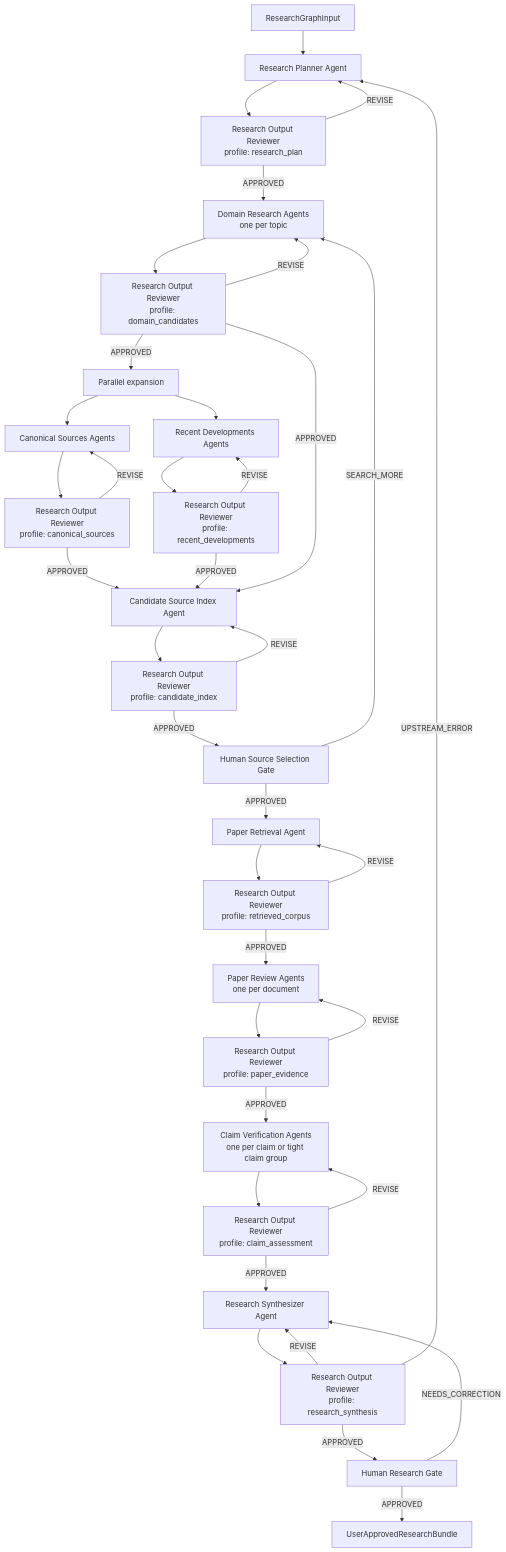
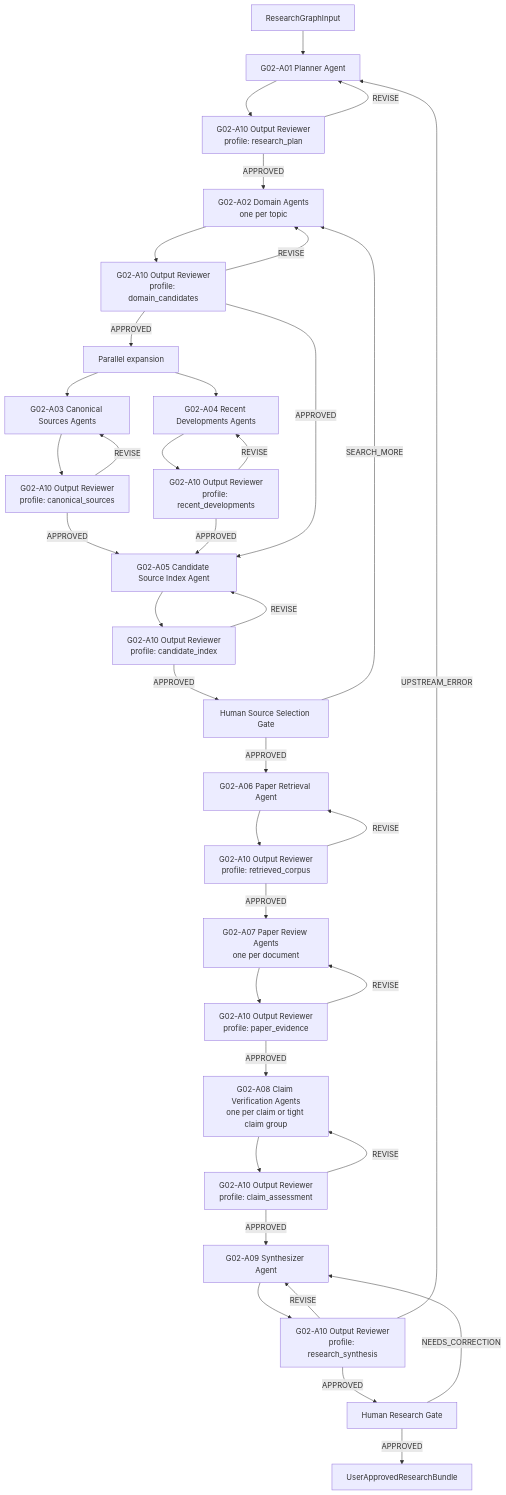
The diagram in docs/02_Architektura_agentow_i_skilli.md (masterhudini/EduMaterialsAgents), drawn with Mermaid before and after one commit. The commit also changed other lines of this file and 150 other files, not shown here.

Commit message:
finalised agent a10 and changed naming convention for agents and skills

````diff
--- a/docs/02_Architektura_agentow_i_skilli.md
+++ b/docs/02_Architektura_agentow_i_skilli.md
@@ -5,48 +5,48 @@
 ```mermaid
 flowchart TD
-    IN["ResearchGraphInput"] --> RP["Research Planner Agent"]
-    RP --> RV1["Research Output Reviewer\nprofile: research_plan"]
+    IN["ResearchGraphInput"] --> RP["G02-A01 Planner Agent"]
+    RP --> RV1["G02-A10 Output Reviewer\nprofile: research_plan"]
     RV1 -->|REVISE| RP
-    RV1 -->|APPROVED| DR["Domain Research Agents\none per topic"]
+    RV1 -->|APPROVED| DR["G02-A02 Domain Agents\none per topic"]
 
-    DR --> RV2["Research Output Reviewer\nprofile: domain_candidates"]
+    DR --> RV2["G02-A10 Output Reviewer\nprofile: domain_candidates"]
     RV2 -->|REVISE| DR
     RV2 -->|APPROVED| EXP["Parallel expansion"]
 
-    EXP --> CS["Canonical Sources Agents"]
-    EXP --> RD["Recent Developments Agents"]
-    CS --> RV3["Research Output Reviewer\nprofile: canonical_sources"]
-    RD --> RV4["Research Output Reviewer\nprofile: recent_developments"]
+    EXP --> CS["G02-A03 Canonical Sources Agents"]
+    EXP --> RD["G02-A04 Recent Developments Agents"]
+    CS --> RV3["G02-A10 Output Reviewer\nprofile: canonical_sources"]
+    RD --> RV4["G02-A10 Output Reviewer\nprofile: recent_developments"]
     RV3 -->|REVISE| CS
     RV4 -->|REVISE| RD
 
-    RV3 -->|APPROVED| IDX["Candidate Source Index Agent"]
+    RV3 -->|APPROVED| IDX["G02-A05 Candidate Source Index Agent"]
     RV4 -->|APPROVED| IDX
     RV2 -->|APPROVED| IDX
 
-    IDX --> RV5["Research Output Reviewer\nprofile: candidate_index"]
+    IDX --> RV5["G02-A10 Output Reviewer\nprofile: candidate_index"]
     RV5 -->|REVISE| IDX
     RV5 -->|APPROVED| HG1["Human Source Selection Gate"]
     HG1 -->|SEARCH_MORE| DR
-    HG1 -->|APPROVED| PR["Paper Retrieval Agent"]
+    HG1 -->|APPROVED| PR["G02-A06 Paper Retrieval Agent"]
 
-    PR --> RV6["Research Output Reviewer\nprofile: retrieved_corpus"]
+    PR --> RV6["G02-A10 Output Reviewer\nprofile: retrieved_corpus"]
     RV6 -->|REVISE| PR
-    RV6 -->|APPROVED| PRA["Paper Review Agents\none per document"]
+    RV6 -->|APPROVED| PRA["G02-A07 Paper Review Agents\none per document"]
 
-    PRA --> RV7["Research Output Reviewer\nprofile: paper_evidence"]
+    PRA --> RV7["G02-A10 Output Reviewer\nprofile: paper_evidence"]
     RV7 -->|REVISE| PRA
-    RV7 -->|APPROVED| CV["Claim Verification Agents\none per claim or tight claim group"]
+    RV7 -->|APPROVED| CV["G02-A08 Claim Verification Agents\none per claim or tight claim group"]
 
-    CV --> RV8["Research Output Reviewer\nprofile: claim_assessment"]
+    CV --> RV8["G02-A10 Output Reviewer\nprofile: claim_assessment"]
     RV8 -->|REVISE| CV
-    RV8 -->|APPROVED| RS["Research Synthesizer Agent"]
+    RV8 -->|APPROVED| RS["G02-A09 Synthesizer Agent"]
 
-    RS --> RV9["Research Output Reviewer\nprofile: research_synthesis"]
+    RS --> RV9["G02-A10 Output Reviewer\nprofile: research_synthesis"]
     RV9 -->|REVISE| RS
     RV9 -->|UPSTREAM_ERROR| RP
     RV9 -->|APPROVED| HG2["Human Research Gate"]
 
     HG2 -->|NEEDS_CORRECTION| RS
     HG2 -->|APPROVED| OUT["UserApprovedResearchBundle"]
 ```
````
